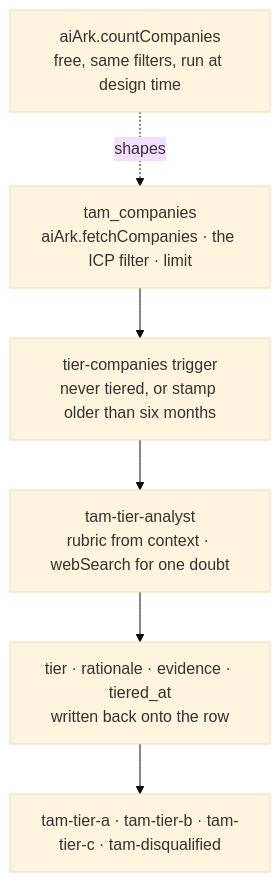
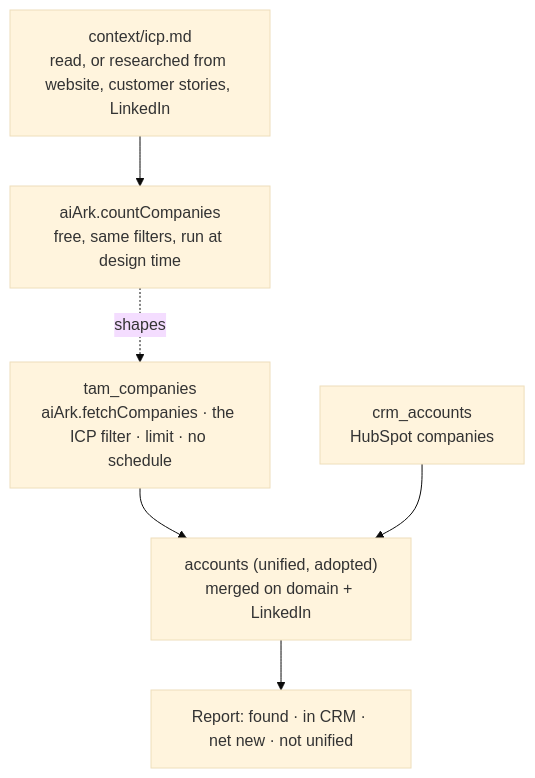
Before and after one commit to getcargohq/gtm-skills: the diagram in tam-building/README.md, drawn with Mermaid (base theme). The commit also changed other lines of this file and 21 other files, not shown here.

First line of the commit message:
tam-building: source the TAM and unify it with the CRM, drop tiering

````diff
--- a/tam-building/README.md
+++ b/tam-building/README.md
@@ -26,12 +29,15 @@
 ```mermaid
 flowchart TD
+    icp["context/icp.md<br/>read, or researched from website, customer stories, LinkedIn"]
     count["aiArk.countCompanies<br/>free, same filters, run at design time"]
-    model["tam_companies<br/>aiArk.fetchCompanies · the ICP filter · limit"]
-    trigger["tier-companies trigger<br/>never tiered, or stamp older than six months"]
-    agent["tam-tier-analyst<br/>rubric from context · webSearch for one doubt"]
-    write["tier · rationale · evidence · tiered_at<br/>written back onto the row"]
-    segments["tam-tier-a · tam-tier-b · tam-tier-c · tam-disqualified"]
+    tam["tam_companies<br/>aiArk.fetchCompanies · the ICP filter · limit · no schedule"]
+    crm["crm_accounts<br/>HubSpot companies"]
+    accounts["accounts (unified, adopted)<br/>merged on domain + LinkedIn"]
+    report["Report: found · in CRM · net new · not unified"]
 
-    count -.->|"shapes"| model
-    model --> trigger --> agent --> write --> segments
+    icp --> count
+    count -.->|"shapes"| tam
+    tam --> accounts
+    crm --> accounts
+    accounts --> report
 ```
````
